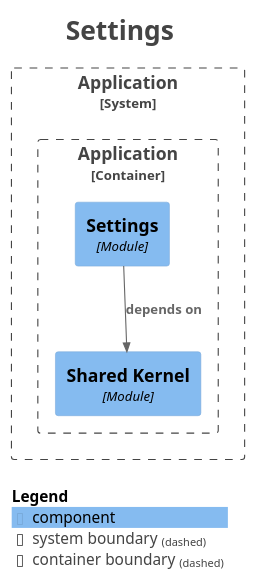
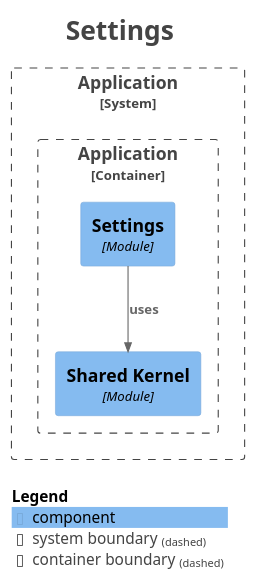
The diagram in docs/modulith/module-settings.puml (Paul-Ayesiga/enterprise-modulith-template), drawn with PlantUML before and after one commit. The commit also changed 29 other files, not shown here.

```diff
--- a/docs/modulith/module-settings.puml
+++ b/docs/modulith/module-settings.puml
@@ -1,30 +1,30 @@
 @startuml
 title <size:24>Settings</size>
 
 set separator none
 top to bottom direction
 
 <style>
   root {
     BackgroundColor: #ffffff
     FontColor: #444444
   }
 </style>
 
 !include <C4/C4>
 !include <C4/C4_Context>
 !include <C4/C4_Component>
 
 System_Boundary("Application_boundary", "Application", $tags="") {
   Container_Boundary("Application.Application_boundary", "Application", $tags="") {
     Component(Application.Application.SharedKernel, "Shared Kernel", $techn="Module", $descr="", $tags="", $link="")
     Component(Application.Application.Settings, "Settings", $techn="Module", $descr="", $tags="", $link="")
   }
 
 }
 
-Rel(Application.Application.Settings, Application.Application.SharedKernel, "depends on", $techn="", $tags="", $link="")
+Rel(Application.Application.Settings, Application.Application.SharedKernel, "uses", $techn="", $tags="", $link="")
 
 SHOW_LEGEND(true)
 hide stereotypes
 @enduml
```
